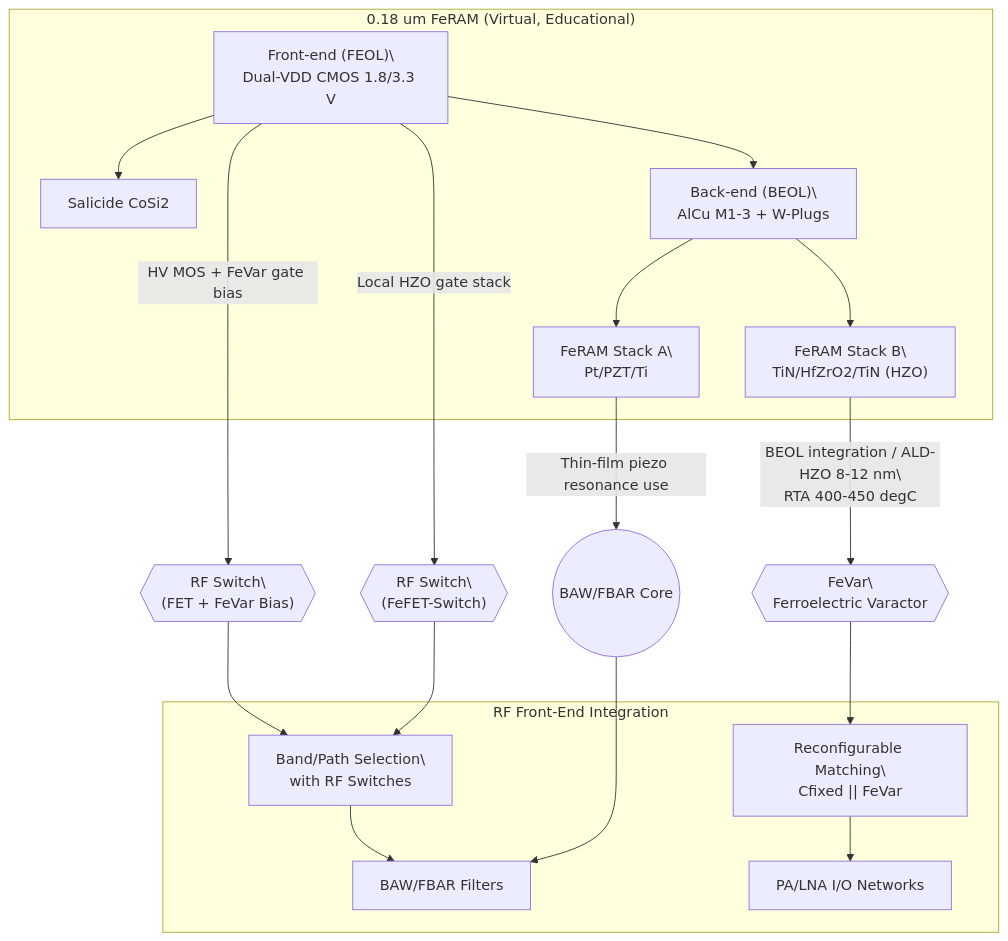
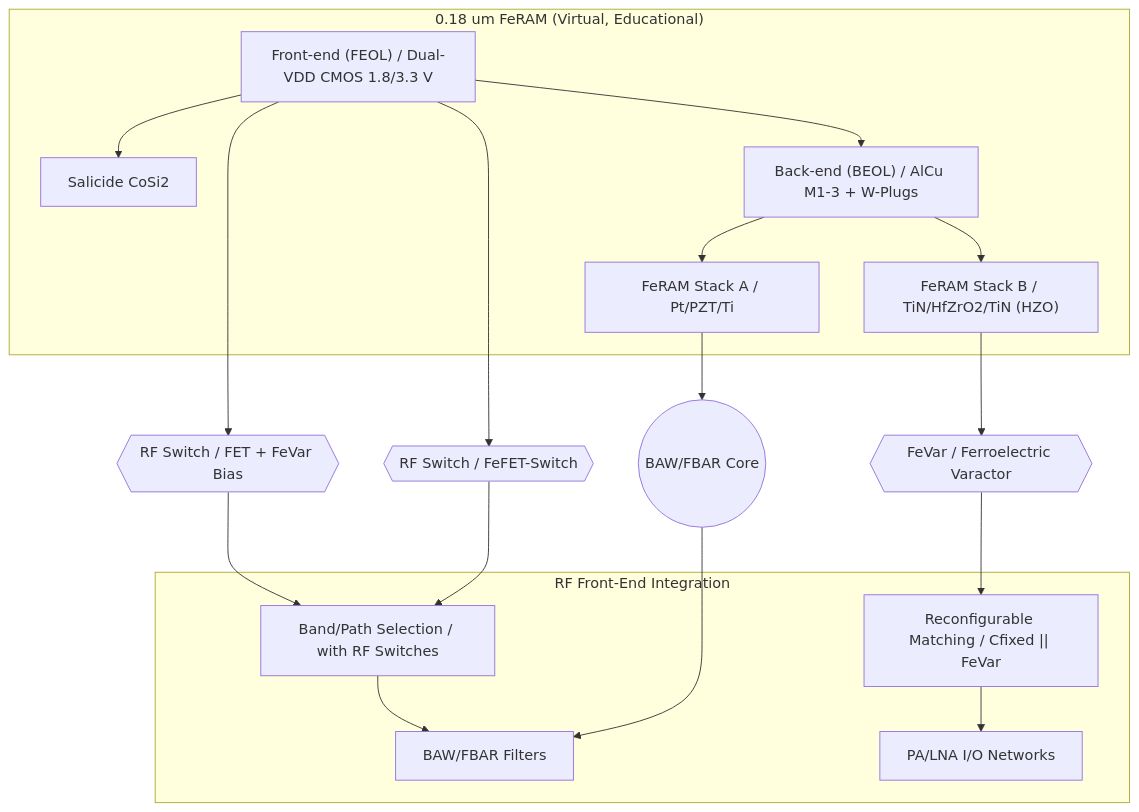
The diagram in applied-devices/rf-devices/README.md (Samizo-AITL/Edusemi-Plus), drawn with Mermaid before and after one commit. The commit also changed other lines of this file, not shown here.

````diff
--- a/applied-devices/rf-devices/README.md
+++ b/applied-devices/rf-devices/README.md
@@ -59,28 +75,28 @@
 ```mermaid
 flowchart TB
   subgraph FE["0.18 um FeRAM (Virtual, Educational)"]
-    GATE["Front-end (FEOL)\\nDual-VDD CMOS 1.8/3.3 V"] --> SALI["Salicide CoSi2"]
-    BEOL["Back-end (BEOL)\\nAlCu M1-3 + W-Plugs"]
-    CAP1["FeRAM Stack A\\nPt/PZT/Ti"]
-    CAP2["FeRAM Stack B\\nTiN/HfZrO2/TiN (HZO)"]
+    GATE["Front-end (FEOL) / Dual-VDD CMOS 1.8/3.3 V"] --> SALI["Salicide CoSi2"]
+    BEOL["Back-end (BEOL) / AlCu M1-3 + W-Plugs"]
+    CAP1["FeRAM Stack A / Pt/PZT/Ti"]
+    CAP2["FeRAM Stack B / TiN/HfZrO2/TiN (HZO)"]
     GATE --> BEOL --> CAP1
     BEOL --> CAP2
   end
 
-  CAP2 -->|"BEOL integration / ALD-HZO 8-12 nm\\nRTA 400-450 degC"| FeVar{{"FeVar\\nFerroelectric Varactor"}}
-  GATE -->|"HV MOS + FeVar gate bias"| RFSW1{{"RF Switch\\n(FET + FeVar Bias)"}}
-  GATE -->|"Local HZO gate stack"| RFSW2{{"RF Switch\\n(FeFET-Switch)"}}
-  CAP1 -->|"Thin-film piezo resonance use"| BAW(("BAW/FBAR Core"))
+  CAP2 --> FeVar{{"FeVar / Ferroelectric Varactor"}}
+  GATE --> RFSW1{{"RF Switch / FET + FeVar Bias"}}
+  GATE --> RFSW2{{"RF Switch / FeFET-Switch"}}
+  CAP1 --> BAW(("BAW/FBAR Core"))
 
   subgraph RF["RF Front-End Integration"]
-    MATCH["Reconfigurable Matching\\nCfixed || FeVar"]
-    PATHSEL["Band/Path Selection\\nwith RF Switches"]
+    MATCH["Reconfigurable Matching / Cfixed || FeVar"]
+    PATHSEL["Band/Path Selection / with RF Switches"]
     FILTER["BAW/FBAR Filters"]
     LNA["PA/LNA I/O Networks"]
   end
 
   FeVar --> MATCH --> LNA
   RFSW1 --> PATHSEL --> FILTER
   RFSW2 --> PATHSEL
   BAW --> FILTER
 ```
````
